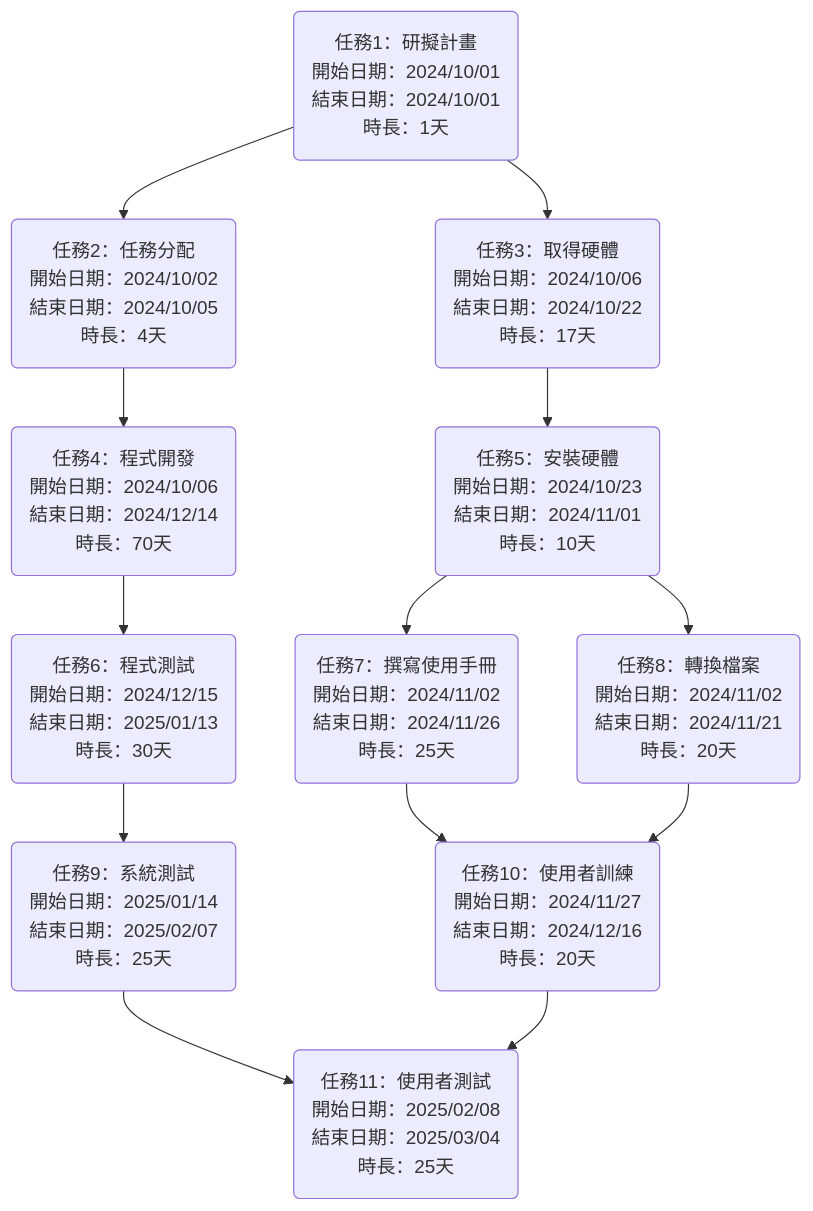
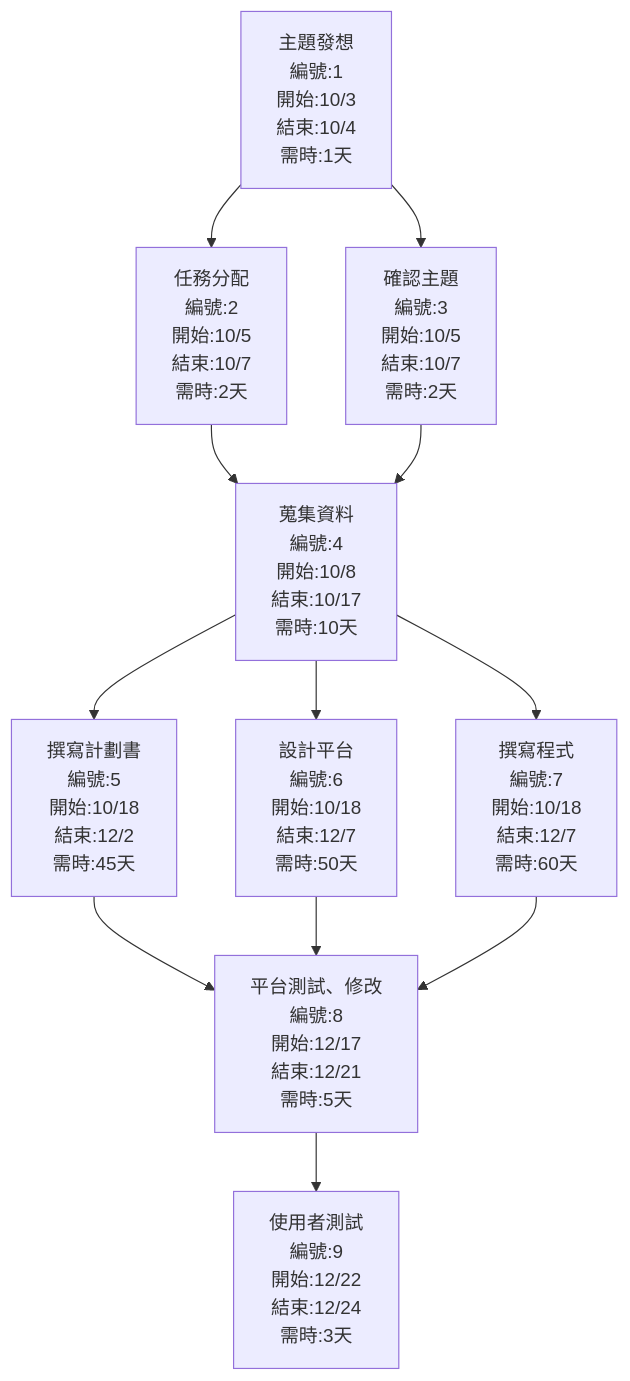
One commit to HowardHung2/Nkust_Required_TeamProject changed the first of 2 diagrams in HW2.md. Above: the diagram before and after it, drawn with Mermaid. The commit also changed other lines of this file, not shown here.

````diff
--- a/HW2.md
+++ b/HW2.md
@@ -18,15 +16,25 @@
 ```mermaid
-graph TD;
-    A1(任務1：研擬計畫<br>開始日期：2024/10/01<br>結束日期：2024/10/01<br>時長：1天) --> A2(任務2：任務分配<br>開始日期：2024/10/02<br>結束日期：2024/10/05<br>時長：4天)
-    A1 --> A3(任務3：取得硬體<br>開始日期：2024/10/06<br>結束日期：2024/10/22<br>時長：17天)
-    A2 --> A4(任務4：程式開發<br>開始日期：2024/10/06<br>結束日期：2024/12/14<br>時長：70天)
-    A3 --> A5(任務5：安裝硬體<br>開始日期：2024/10/23<br>結束日期：2024/11/01<br>時長：10天)
-    A4 --> A6(任務6：程式測試<br>開始日期：2024/12/15<br>結束日期：2025/01/13<br>時長：30天)
-    A5 --> A7(任務7：撰寫使用手冊<br>開始日期：2024/11/02<br>結束日期：2024/11/26<br>時長：25天)
-    A5 --> A8(任務8：轉換檔案<br>開始日期：2024/11/02<br>結束日期：2024/11/21<br>時長：20天)
-    A6 --> A9(任務9：系統測試<br>開始日期：2025/01/14<br>結束日期：2025/02/07<br>時長：25天)
-    A7 --> A10(任務10：使用者訓練<br>開始日期：2024/11/27<br>結束日期：2024/12/16<br>時長：20天)
-    A8 --> A10
-    A9 --> A11(任務11：使用者測試<br>開始日期：2025/02/08<br>結束日期：2025/03/04<br>時長：25天)
-    A10 --> A11
+graph TD
+    no1["主題發想<br>編號:1<br>開始:10/3<br>結束:10/4<br>需時:1天"]
+    no2["任務分配<br>編號:2<br>開始:10/5<br>結束:10/7<br>需時:2天"]
+    no3["確認主題<br>編號:3<br>開始:10/5<br>結束:10/7<br>需時:2天"]
+    no4["蒐集資料<br>編號:4<br>開始:10/8<br>結束:10/17<br>需時:10天"]
+    no5["撰寫計劃書<br>編號:5<br>開始:10/18<br>結束:12/2<br>需時:45天"]
+    no6["設計平台<br>編號:6<br>開始:10/18<br>結束:12/7<br>需時:50天"]
+    no7["撰寫程式<br>編號:7<br>開始:10/18<br>結束:12/7<br>需時:60天"]
+    no8["平台測試、修改<br>編號:8<br>開始:12/17<br>結束:12/21<br>需時:5天"]
+    no9["使用者測試<br>編號:9<br>開始:12/22<br>結束:12/24<br>需時:3天"]
+
+    no1 --> no2
+    no1 --> no3
+    no2 --> no4
+    no3 --> no4
+    no4 --> no5
+    no4 --> no6
+    no4 --> no7
+    no5 --> no8
+    no6 --> no8
+    no7 --> no8
+    no8 --> no9
+
 ```
````
